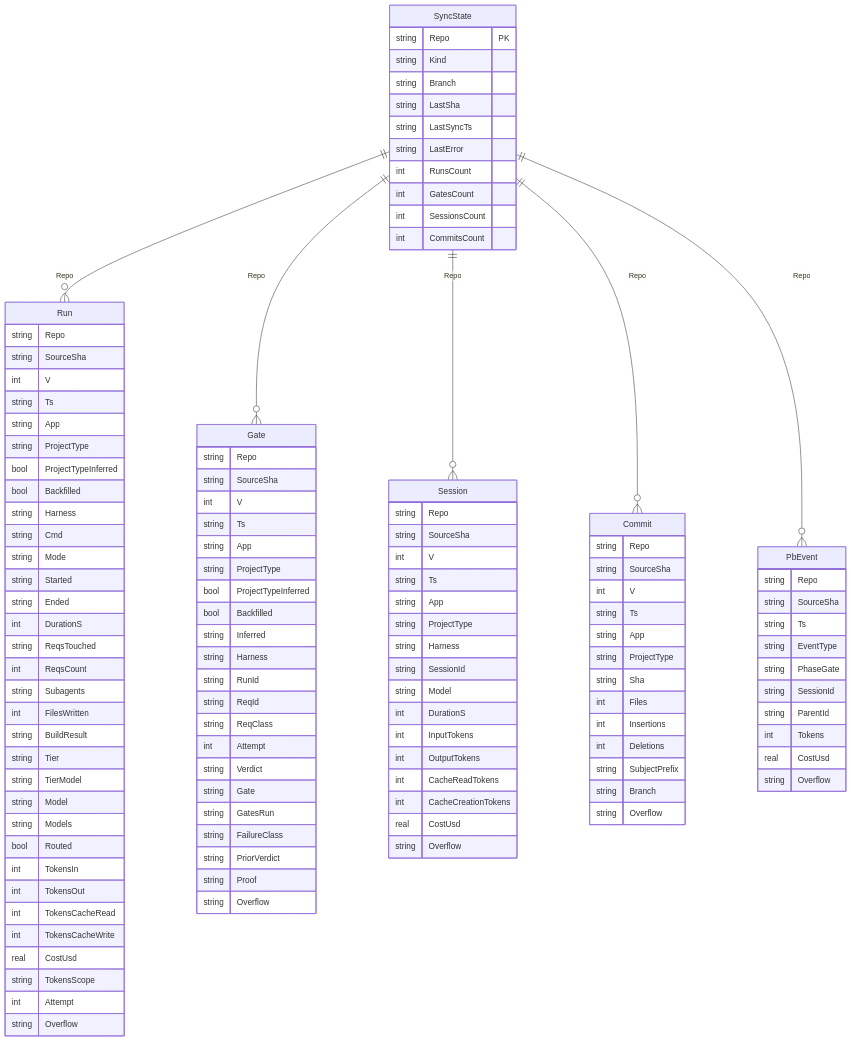
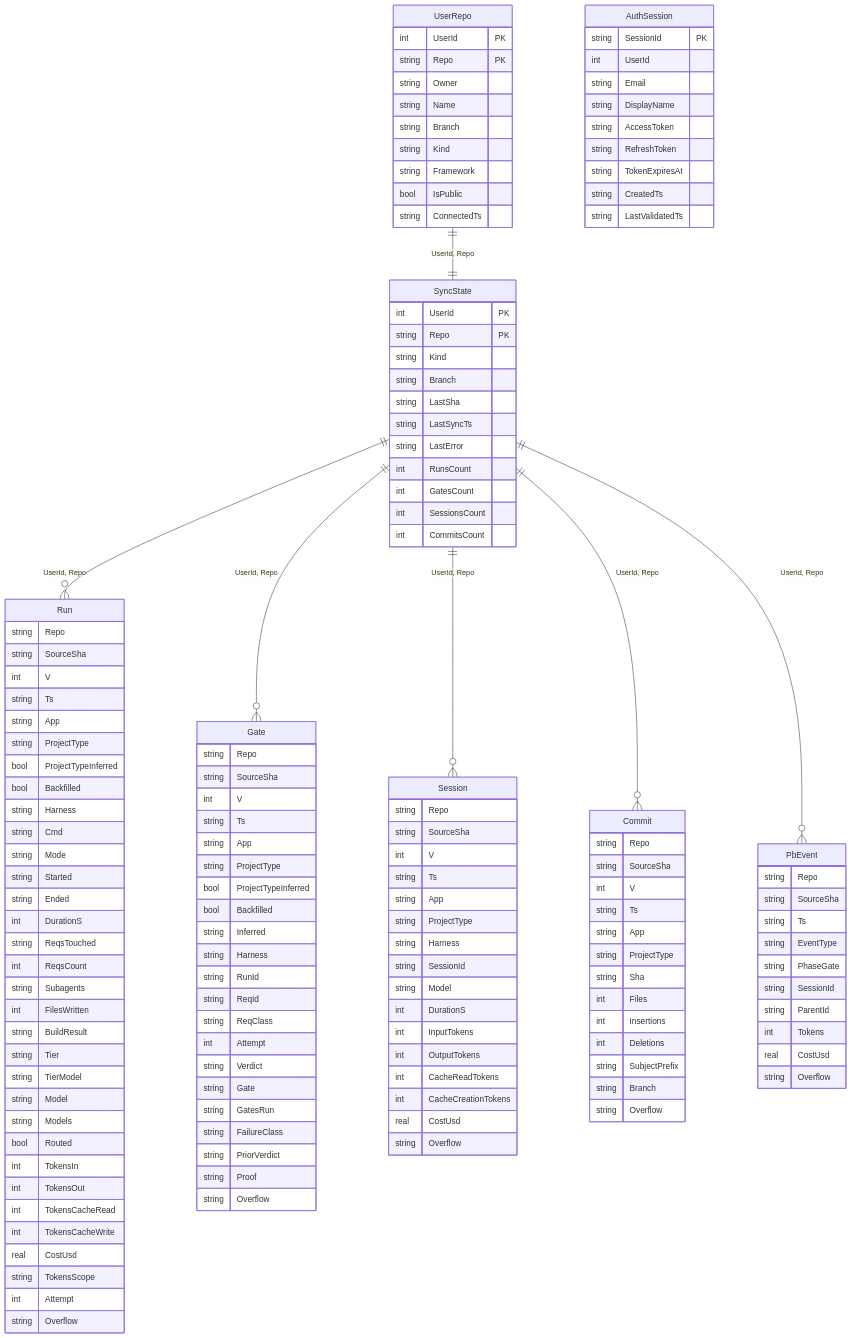
Before and after one commit to techierathore/TfLens: the eighth of 9 diagrams in docs/TfLens-Architecture.md, drawn with Mermaid. The commit also changed other lines of this file and 26 other files, not shown here.

````diff
--- a/docs/TfLens-Architecture.md
+++ b/docs/TfLens-Architecture.md
@@ -252,6 +317,29 @@
 ```mermaid
 erDiagram
+  UserRepo {
+    int UserId PK
+    string Repo PK
+    string Owner
+    string Name
+    string Branch
+    string Kind
+    string Framework
+    bool IsPublic
+    string ConnectedTs
+  }
+  AuthSession {
+    string SessionId PK
+    int UserId
+    string Email
+    string DisplayName
+    string AccessToken
+    string RefreshToken
+    string TokenExpiresAt
+    string CreatedTs
+    string LastValidatedTs
+  }
   SyncState {
+    int UserId PK
     string Repo PK
     string Kind
     string Branch
@@ -365,9 +453,10 @@
     real CostUsd
     string Overflow
   }
-  SyncState ||--o{ Run : "Repo"
-  SyncState ||--o{ Gate : "Repo"
-  SyncState ||--o{ Session : "Repo"
-  SyncState ||--o{ Commit : "Repo"
-  SyncState ||--o{ PbEvent : "Repo"
+  UserRepo ||--|| SyncState : "UserId, Repo"
+  SyncState ||--o{ Run : "UserId, Repo"
+  SyncState ||--o{ Gate : "UserId, Repo"
+  SyncState ||--o{ Session : "UserId, Repo"
+  SyncState ||--o{ Commit : "UserId, Repo"
+  SyncState ||--o{ PbEvent : "UserId, Repo"
 ```
````
